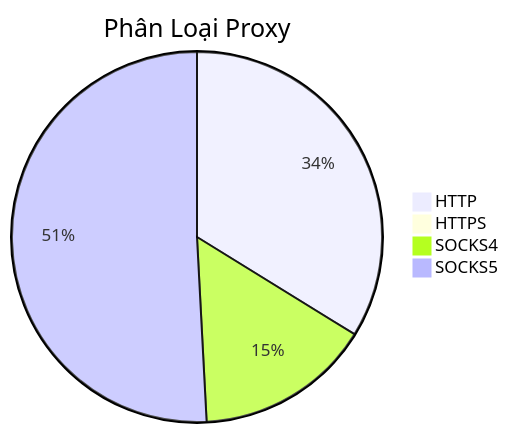
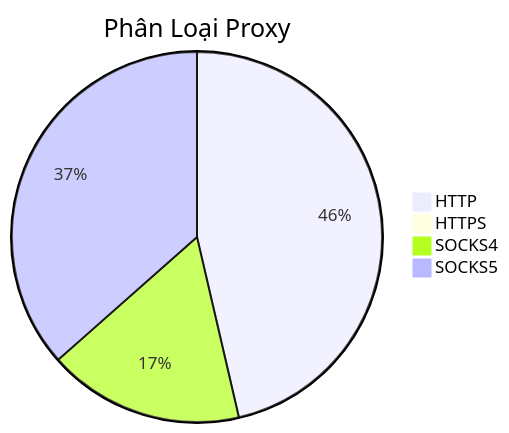
Before and after one commit to Ciara-12/PROXY-free: the diagram in README.md, drawn with Mermaid. The commit also changed other lines of this file and 4 other files, not shown here.

````diff
--- a/README.md
+++ b/README.md
@@ -26,7 +26,7 @@
 ```mermaid
 pie title Phân Loại Proxy
-    "HTTP" : 814
-    "HTTPS" : 3
-    "SOCKS4" : 370
-    "SOCKS5" : 1224
+    "HTTP" : 1065
+    "HTTPS" : 0
+    "SOCKS4" : 393
+    "SOCKS5" : 839
 ```
````
